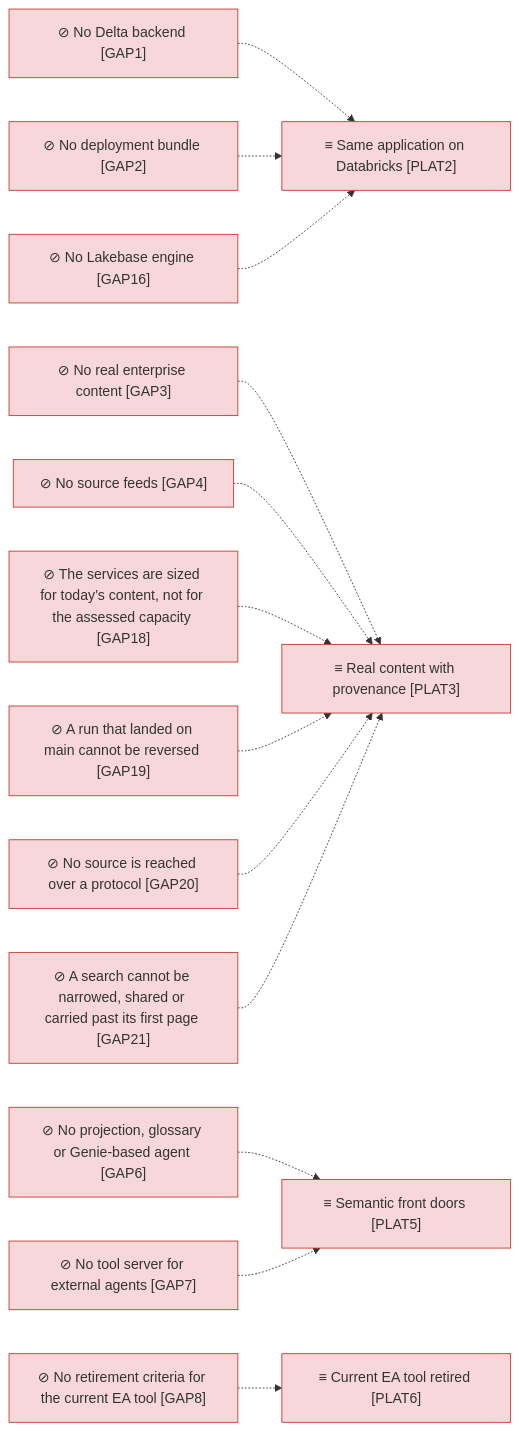
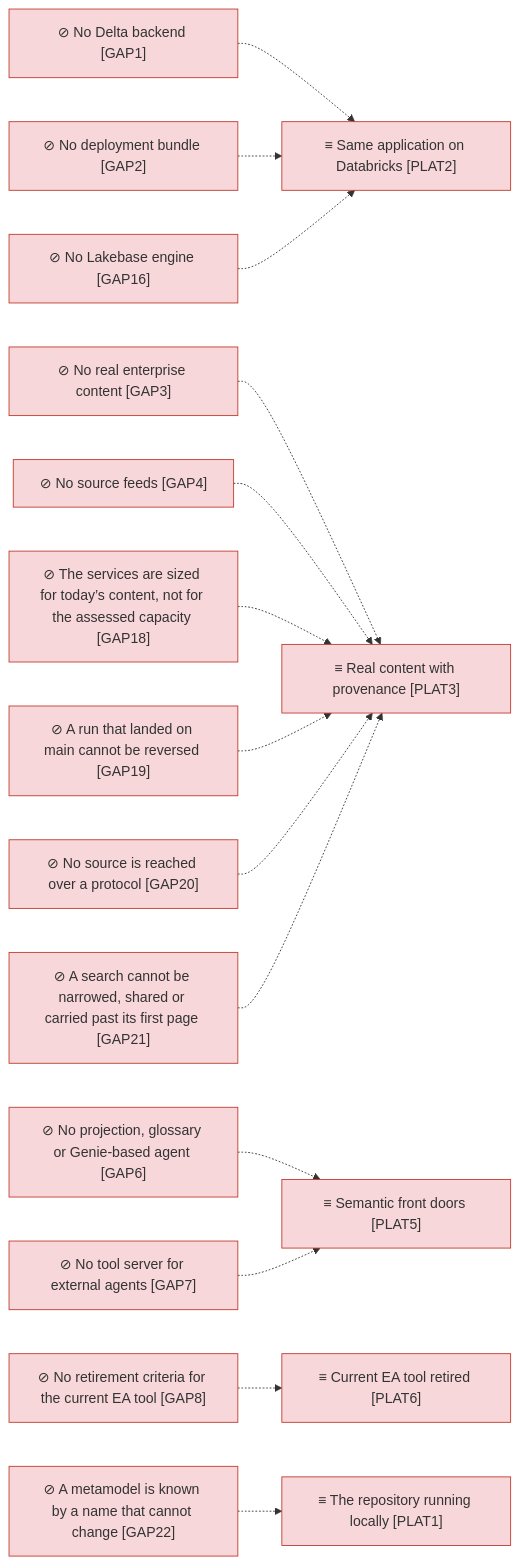
The third of 4 diagrams in architecture/6_transition/1_target-state.md (roanboc/dbx-enterprise-architecture), drawn with Mermaid before and after one commit. The commit also changed other lines of this file and 13 other files, not shown here.

First line of the commit message:
docs(architecture): initiative 21 in the model — decisions 0021 and 0022

````diff
--- a/architecture/6_transition/1_target-state.md
+++ b/architecture/6_transition/1_target-state.md
@@ -59,33 +61,36 @@
 ```mermaid
 flowchart LR
+  p1["≡ The repository running locally [PLAT1]"]:::implementation
   p2["≡ Same application on Databricks [PLAT2]"]:::implementation
   p3["≡ Real content with provenance [PLAT3]"]:::implementation
   p5["≡ Semantic front doors [PLAT5]"]:::implementation
   p6["≡ Current EA tool retired [PLAT6]"]:::implementation
   g1["⊘ No Delta backend [GAP1]"]:::implementation
   g2["⊘ No deployment bundle [GAP2]"]:::implementation
   g16["⊘ No Lakebase engine [GAP16]"]:::implementation
   g3["⊘ No real enterprise content [GAP3]"]:::implementation
   g4["⊘ No source feeds [GAP4]"]:::implementation
   g6["⊘ No projection, glossary or Genie-based agent [GAP6]"]:::implementation
   g7["⊘ No tool server for external agents [GAP7]"]:::implementation
   g8["⊘ No retirement criteria for the current EA tool [GAP8]"]:::implementation
   g18["⊘ The services are sized for today’s content, not for the assessed capacity [GAP18]"]:::implementation
   g19["⊘ A run that landed on main cannot be reversed [GAP19]"]:::implementation
   g20["⊘ No source is reached over a protocol [GAP20]"]:::implementation
   g21["⊘ A search cannot be narrowed, shared or carried past its first page [GAP21]"]:::implementation
+  g22["⊘ A metamodel is known by a name that cannot change [GAP22]"]:::implementation
   g1 -.-> p2
   g2 -.-> p2
   g16 -.-> p2
   g3 -.-> p3
   g4 -.-> p3
   g6 -.-> p5
   g7 -.-> p5
   g8 -.-> p6
   g18 -.-> p3
   g19 -.-> p3
   g20 -.-> p3
   g21 -.-> p3
+  g22 -.-> p1
 
   classDef implementation fill:#f8d7da,stroke:#c0392b,color:#333
 ```
````
